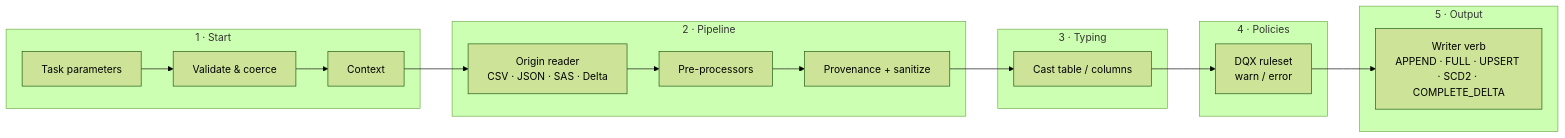
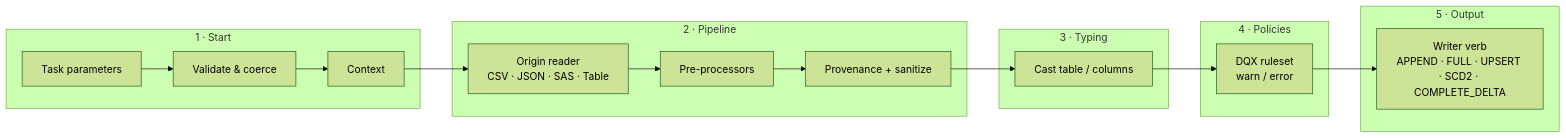
Before and after one commit to Escoto/dbx-flame: the diagram in docs/00_overview.md, drawn with Mermaid (forest theme). The commit also changed other lines of this file and 34 other files, not shown here.

````diff
--- a/docs/00_overview.md
+++ b/docs/00_overview.md
@@ -11,20 +11,20 @@
 ```mermaid
 flowchart LR
     subgraph L1[1 · Start]
         A[Task parameters] --> B[Validate & coerce] --> C[Context]
     end
     subgraph L2[2 · Pipeline]
-        D[Origin reader<br/>CSV · JSON · SAS · Delta] --> E[Pre-processors] --> F[Provenance + sanitize]
+        D[Origin reader<br/>CSV · JSON · SAS · Table] --> E[Pre-processors] --> F[Provenance + sanitize]
     end
     subgraph L3[3 · Typing]
         G[Cast table / columns]
     end
     subgraph L4[4 · Policies]
         H[DQX ruleset<br/>warn / error]
     end
     subgraph L5[5 · Output]
         I[Writer verb<br/>APPEND · FULL · UPSERT · SCD2 · COMPLETE_DELTA]
     end
     C --> D
     F --> G --> H --> I
 ```
````
